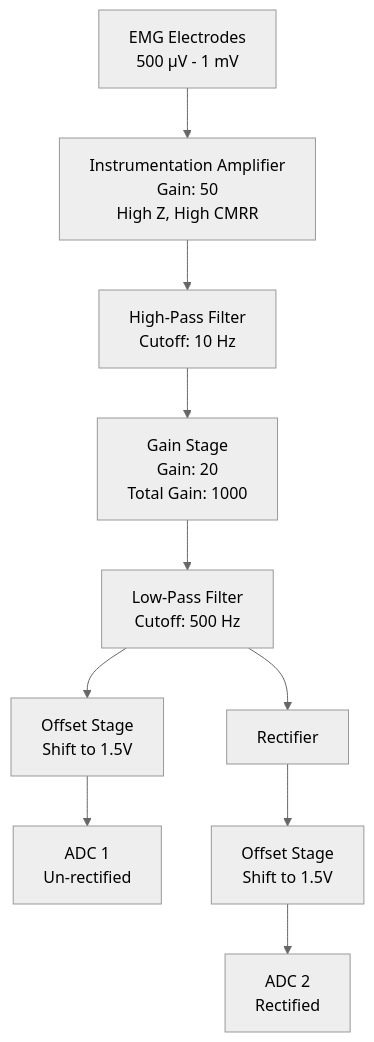
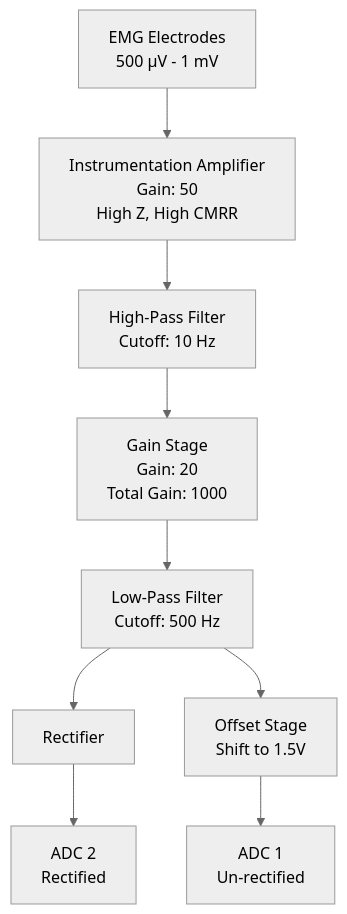
One commit to WillA97/EMG_BCI changed the diagram in README.md. Above: the diagram before and after it, drawn with Mermaid (neutral theme).

````diff
--- a/README.md
+++ b/README.md
@@ -13,12 +13,12 @@
 ```mermaid
 graph TD
     A[EMG Electrodes<br>500 µV - 1 mV] --> B[Instrumentation Amplifier<br>Gain: 50<br>High Z, High CMRR]
     B --> C[High-Pass Filter<br>Cutoff: 10 Hz]
     C --> D[Gain Stage<br>Gain: 20<br>Total Gain: 1000]
     D --> E[Low-Pass Filter<br>Cutoff: 500 Hz]
     E --> F[Rectifier]
     E --> G[Offset Stage<br>Shift to 1.5V]
     G --> H[ADC 1<br>Un-rectified]
-    F --> I[Offset Stage<br>Shift to 1.5V]
-    I --> J[ADC 2<br>Rectified]
+    F --> I[ADC 2<br>Rectified]
+
 ```
````
